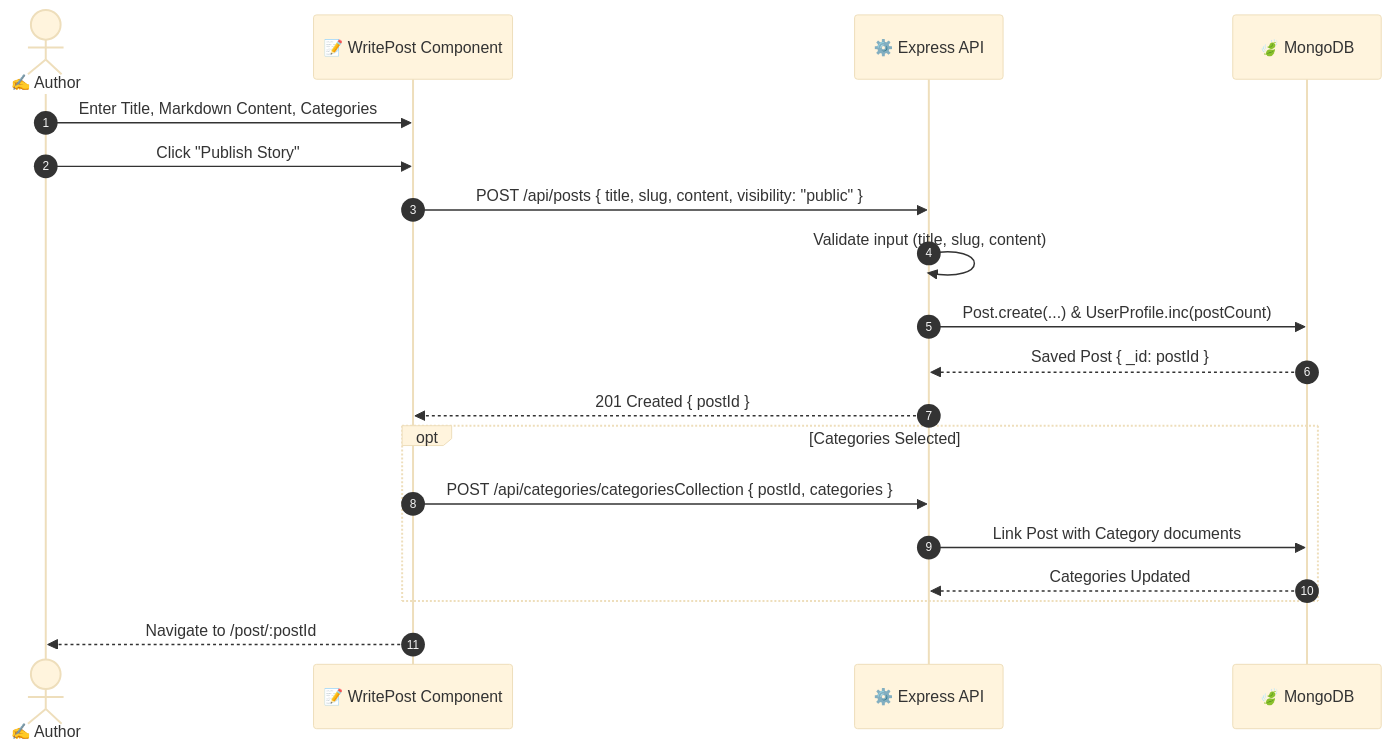
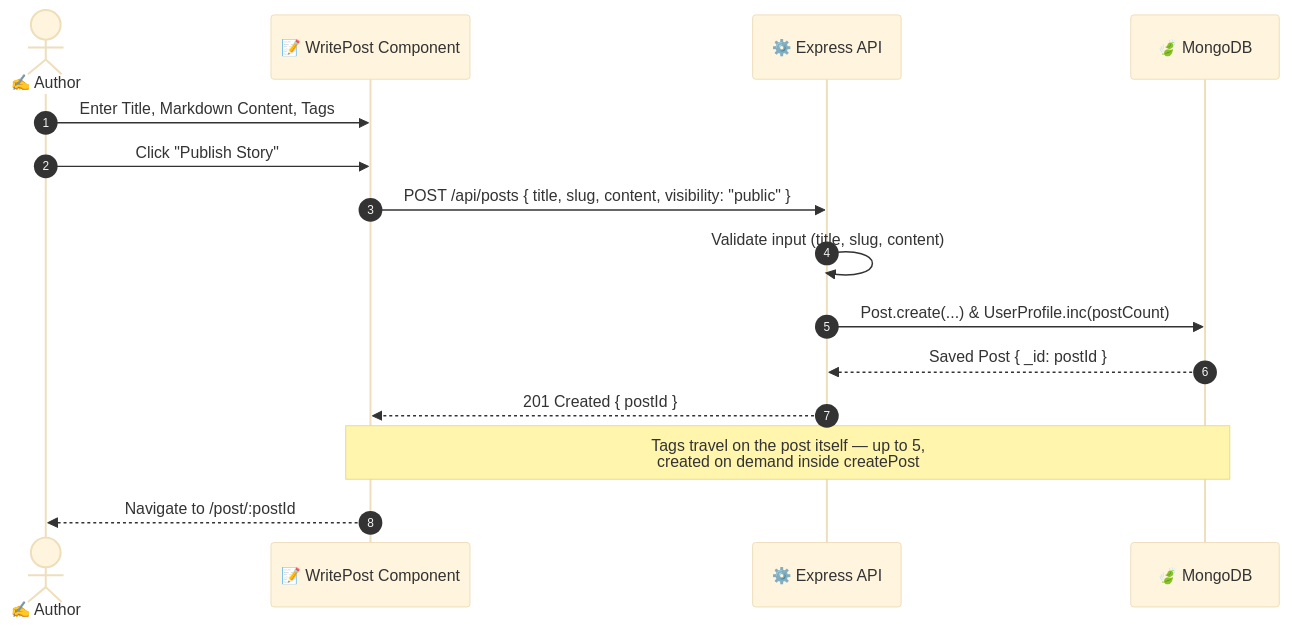
One commit to Purvesh-PJ/bloghub changed the fifth of 5 diagrams in docs/product/user-flows.md. Above: the diagram before and after it, drawn with Mermaid (base theme). The commit also changed other lines of this file and 24 other files, not shown here.

````diff
--- a/docs/product/user-flows.md
+++ b/docs/product/user-flows.md
@@ -258,23 +261,19 @@
 ```mermaid
 sequenceDiagram
     autonumber
     actor Author as ✍️ Author
     participant Editor as 📝 WritePost Component
     participant API as ⚙️ Express API
     participant DB as 🍃 MongoDB
 
-    Author->>Editor: Enter Title, Markdown Content, Categories
+    Author->>Editor: Enter Title, Markdown Content, Tags
     Author->>Editor: Click "Publish Story"
     Editor->>API: POST /api/posts { title, slug, content, visibility: "public" }
     API->>API: Validate input (title, slug, content)
     API->>DB: Post.create(...) & UserProfile.inc(postCount)
     DB-->>API: Saved Post { _id: postId }
     API-->>Editor: 201 Created { postId }
 
-    opt Categories Selected
-        Editor->>API: POST /api/categories/categoriesCollection { postId, categories }
-        API->>DB: Link Post with Category documents
-        DB-->>API: Categories Updated
-    end
+    Note over Editor,DB: Tags travel on the post itself — up to 5,<br/>created on demand inside createPost
     Editor-->>Author: Navigate to /post/:postId
 ```
````
